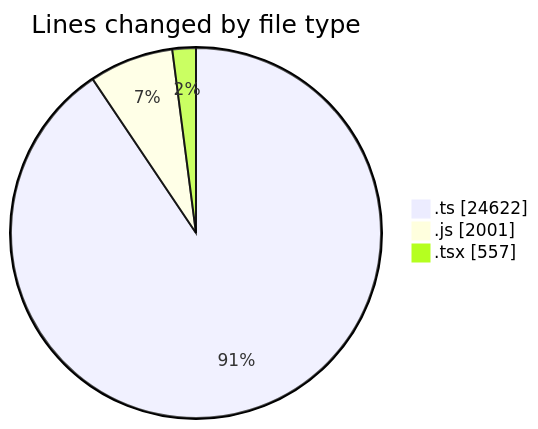
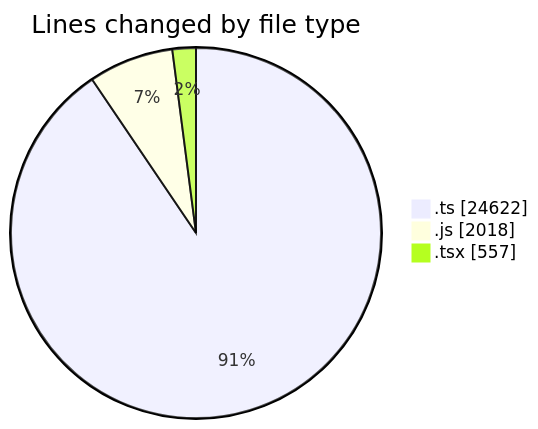
The first of 2 diagrams in 2025-06-20/cda/README.md (momahboobian/code-tracking), drawn with Mermaid before and after one commit. The commit also changed other lines of this file and 1 other file, not shown here.

````diff
--- a/2025-06-20/cda/README.md
+++ b/2025-06-20/cda/README.md
@@ -38,7 +39,7 @@
 ```mermaid
 pie showData
 title Lines changed by file type
 ".ts" : 24622
-".js" : 2001
+".js" : 2018
 ".tsx" : 557
 ```
````
